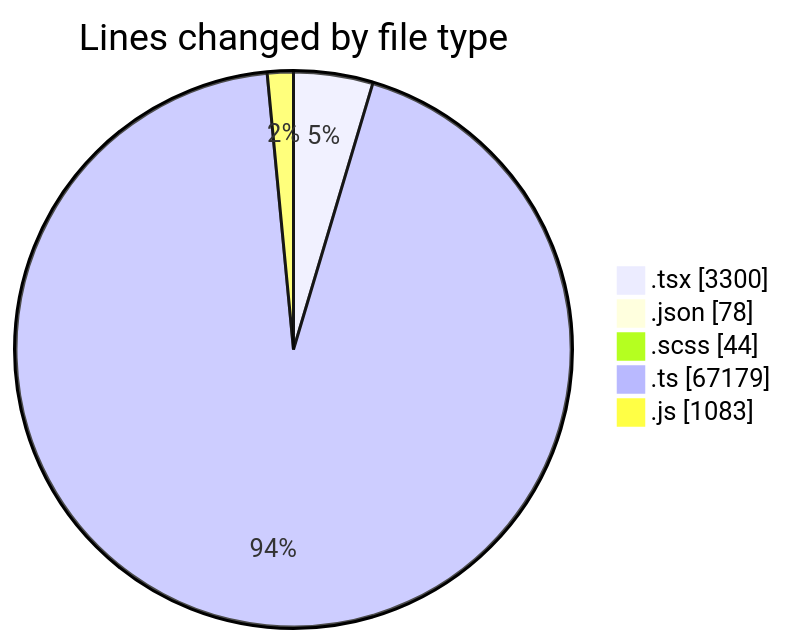
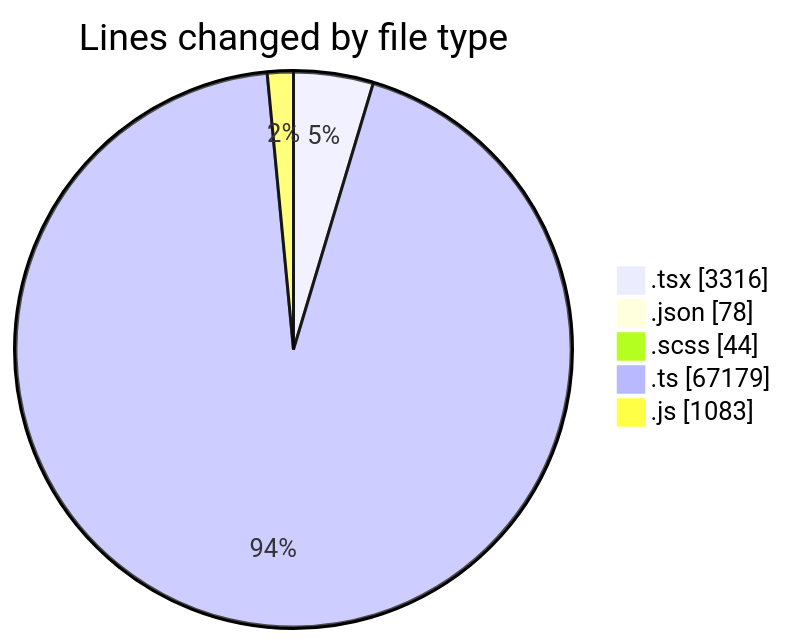
The first of 2 diagrams in 2026-09-29/cda/README.md (momahboobian/code-tracking), drawn with Mermaid before and after one commit. The commit also changed other lines of this file and 1 other file, not shown here.

````diff
--- a/2026-09-29/cda/README.md
+++ b/2026-09-29/cda/README.md
@@ -52,9 +52,9 @@
 ```mermaid
 pie showData
 title Lines changed by file type
-".tsx" : 3300
+".tsx" : 3316
 ".json" : 78
 ".scss" : 44
 ".ts" : 67179
 ".js" : 1083
 ```
````
